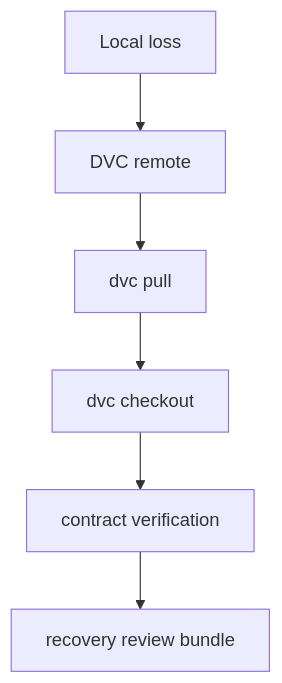
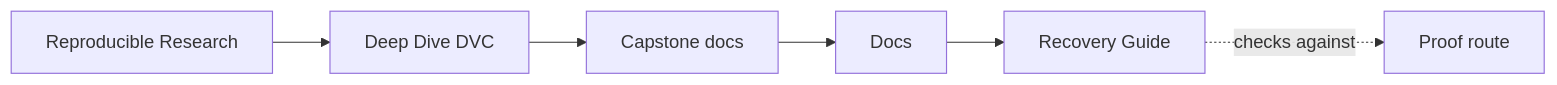
One commit to bijux/bijux-masterclass changed the first of 2 diagrams in programs/reproducible-research/deep-dive-dvc/capstone/docs/recovery-guide.md. Above: the diagram before and after it, drawn with Mermaid. The commit also changed other lines of this file and 90 other files, not shown here.

Commit message:
docs(deep-dive-dvc): map publication and recovery review surfaces

````diff
--- a/programs/reproducible-research/deep-dive-dvc/capstone/docs/recovery-guide.md
+++ b/programs/reproducible-research/deep-dive-dvc/capstone/docs/recovery-guide.md
@@ -6,11 +6,12 @@
 ```mermaid
-graph TD
-  loss["Local loss"]
-  remote["DVC remote"]
-  pull["dvc pull"]
-  checkout["dvc checkout"]
-  verify["contract verification"]
-  review["recovery review bundle"]
+graph LR
+  family["Reproducible Research"]
+  program["Deep Dive DVC"]
+  guide["Capstone docs"]
+  section["Docs"]
+  page["Recovery Guide"]
+  proof["Proof route"]
 
-  loss --> remote --> pull --> checkout --> verify --> review
+  family --> program --> guide --> section --> page
+  page -.checks against.-> proof
 ```
````
